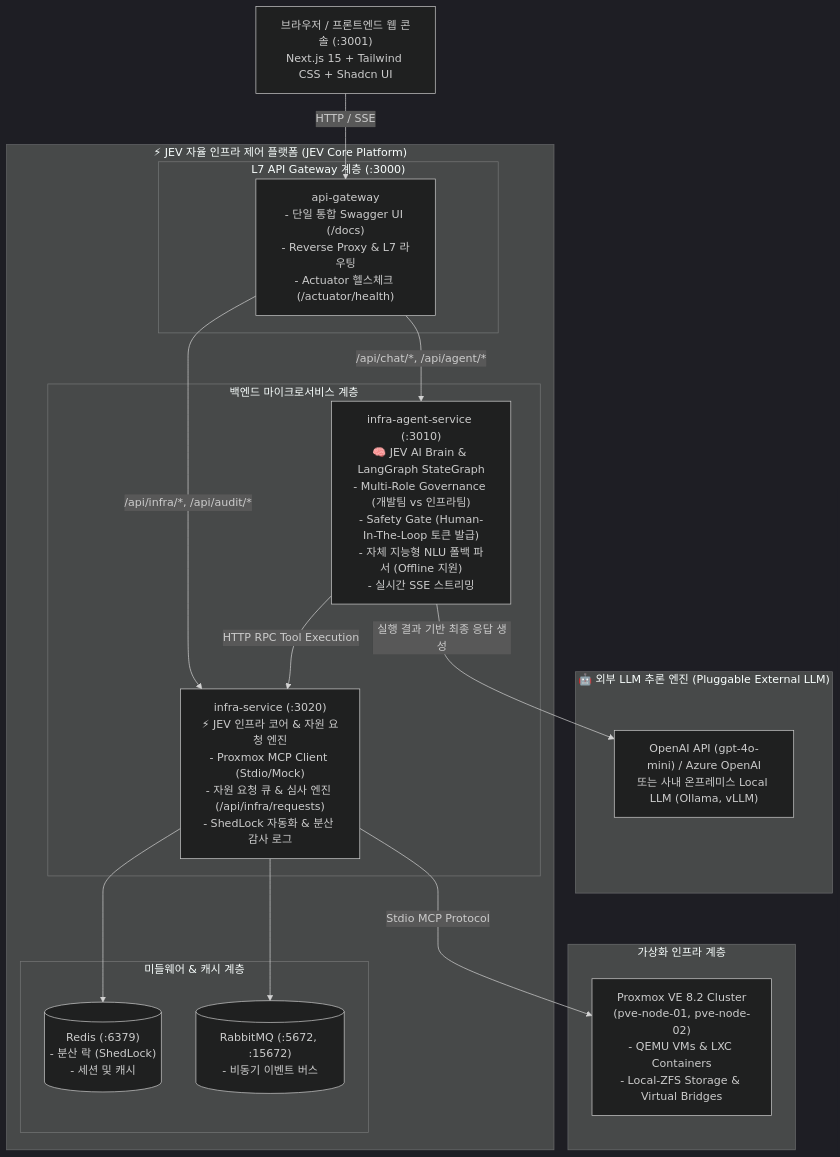
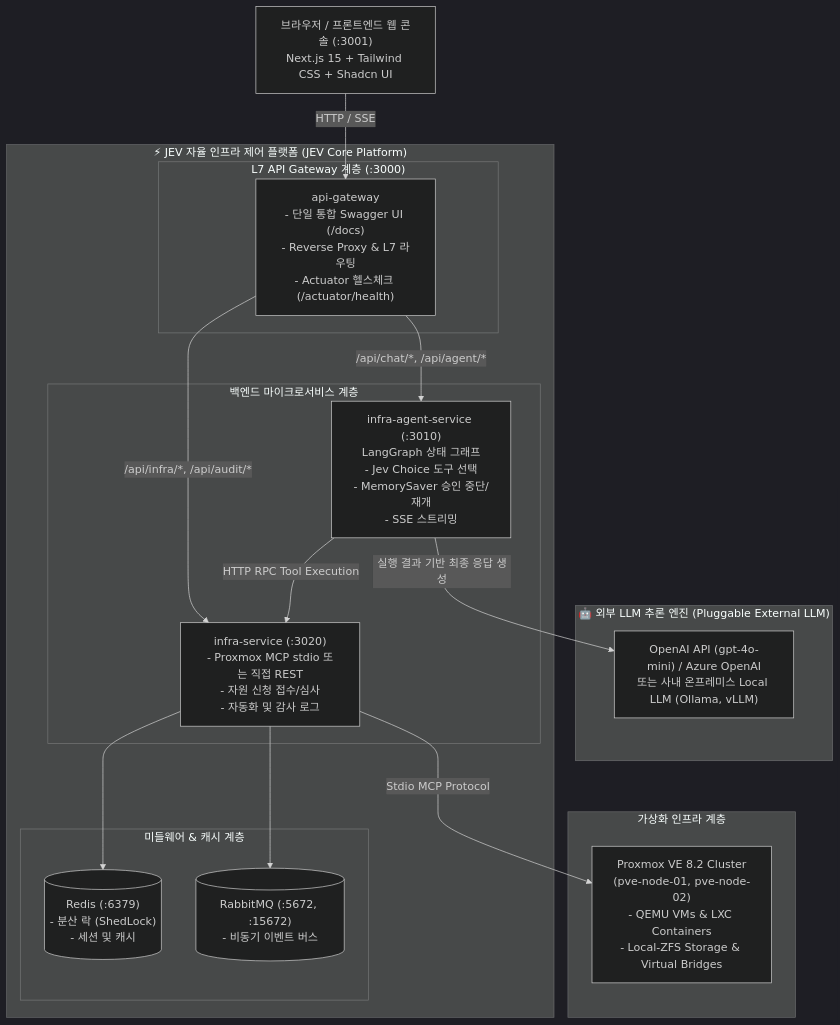
One commit to sjungwon03/jev-langgraph-example changed the first of 4 diagrams in docs/ARCHITECTURE.md. Above: the diagram before and after it, drawn with Mermaid (dark theme). The commit also changed other lines of this file and 2 other files, not shown here.

Commit message:
Document current JEV LangGraph architecture for study and interviews

````diff
--- a/docs/ARCHITECTURE.md
+++ b/docs/ARCHITECTURE.md
@@ -11,40 +13,40 @@
 ```mermaid
 flowchart TB
     Client["브라우저 / 프론트엔드 웹 콘솔 (:3001)<br/>Next.js 15 + Tailwind CSS + Shadcn UI"]
 
     subgraph ExternalLLM ["🤖 외부 LLM 추론 엔진 (Pluggable External LLM)"]
         LLMProvider["OpenAI API (gpt-4o-mini) / Azure OpenAI<br/>또는 사내 온프레미스 Local LLM (Ollama, vLLM)"]
     end
 
     subgraph JEVPlatform ["⚡ JEV 자율 인프라 제어 플랫폼 (JEV Core Platform)"]
         subgraph GatewayLayer ["L7 API Gateway 계층 (:3000)"]
             Gateway["api-gateway<br/>- 단일 통합 Swagger UI (/docs)<br/>- Reverse Proxy & L7 라우팅<br/>- Actuator 헬스체크 (/actuator/health)"]
         end
 
         subgraph ServiceLayer ["백엔드 마이크로서비스 계층"]
-            AgentService["infra-agent-service (:3010)<br/>🧠 JEV AI Brain & LangGraph StateGraph<br/>- Multi-Role Governance (개발팀 vs 인프라팀)<br/>- Safety Gate (Human-In-The-Loop 토큰 발급)<br/>- 자체 지능형 NLU 폴백 파서 (Offline 지원)<br/>- 실시간 SSE 스트리밍"]
-            InfraService["infra-service (:3020)<br/>⚡ JEV 인프라 코어 & 자원 요청 엔진<br/>- Proxmox MCP Client (Stdio/Mock)<br/>- 자원 요청 큐 & 심사 엔진 (/api/infra/requests)<br/>- ShedLock 자동화 & 분산 감사 로그"]
+            AgentService["infra-agent-service (:3010)<br/>LangGraph 상태 그래프<br/>- Jev Choice 도구 선택<br/>- MemorySaver 승인 중단/재개<br/>- SSE 스트리밍"]
+            InfraService["infra-service (:3020)<br/>- Proxmox MCP stdio 또는 직접 REST<br/>- 자원 신청 접수/심사<br/>- 자동화 및 감사 로그"]
         end
 
         subgraph StorageLayer ["미들웨어 & 캐시 계층"]
             Redis[("Redis (:6379)<br/>- 분산 락 (ShedLock)<br/>- 세션 및 캐시")]
             RabbitMQ[("RabbitMQ (:5672, :15672)<br/>- 비동기 이벤트 버스")]
         end
     end
 
     subgraph ProxmoxLayer ["가상화 인프라 계층"]
         PVECluster["Proxmox VE 8.2 Cluster<br/>(pve-node-01, pve-node-02)<br/>- QEMU VMs & LXC Containers<br/>- Local-ZFS Storage & Virtual Bridges"]
     end
 
     Client -->|"HTTP / SSE"| Gateway
     Gateway -->|"/api/chat/*, /api/agent/*"| AgentService
     Gateway -->|"/api/infra/*, /api/audit/*"| InfraService
     
     %% JEV와 LLM의 분리 인터페이스
     AgentService -->|"실행 결과 기반 최종 응답 생성"| LLMProvider
 
     AgentService -->|"HTTP RPC Tool Execution"| InfraService
     InfraService --> Redis
     InfraService --> RabbitMQ
     InfraService -->|"Stdio MCP Protocol"| PVECluster
 ```
````
